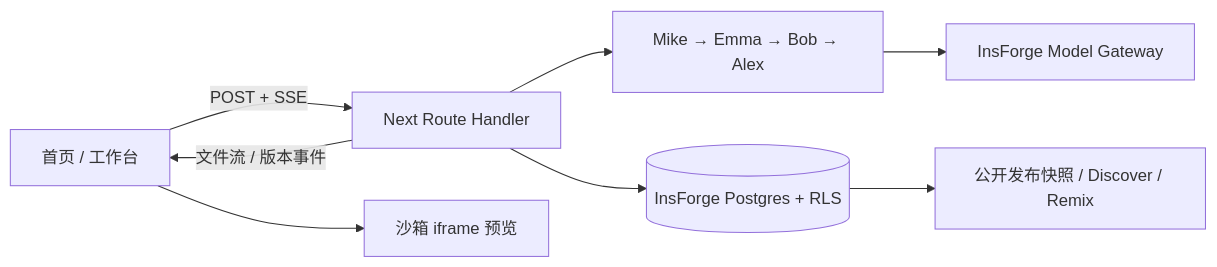
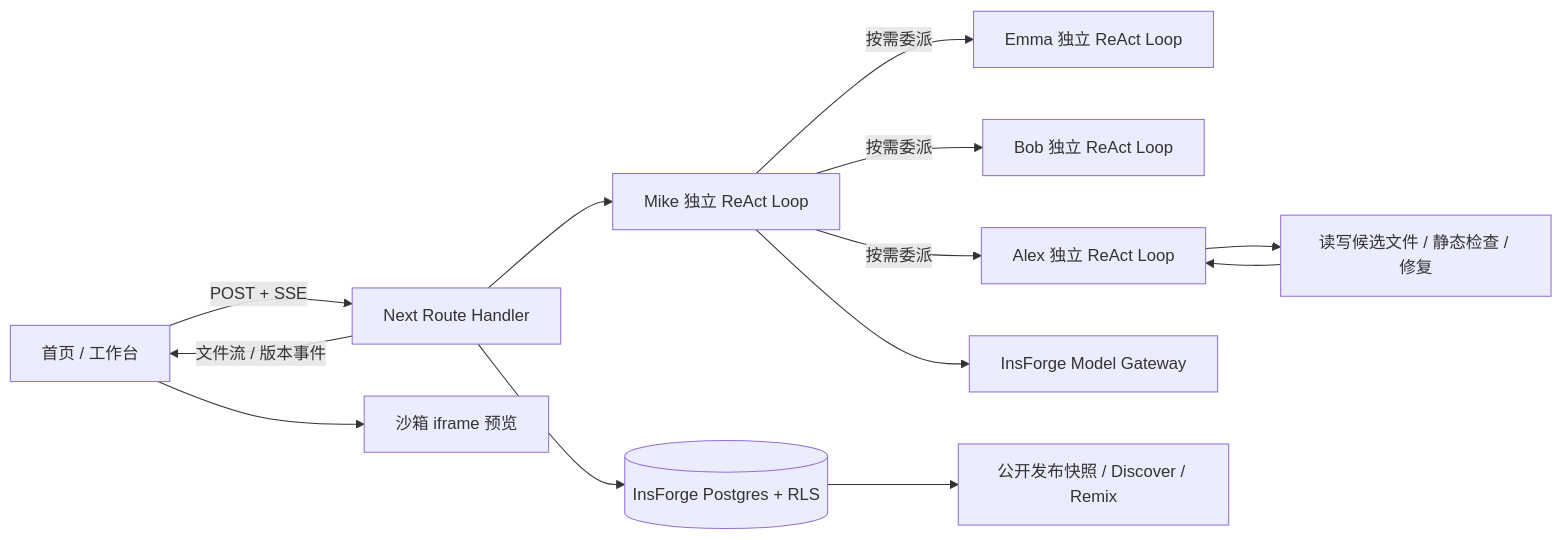
Before and after one commit to nomorekuiqian/atoms-demo: the diagram in README.md, drawn with Mermaid. The commit also changed other lines of this file and 26 other files, not shown here.

Commit message:
feat: migrate team to independent AI SDK ReAct loops

````diff
--- a/README.md
+++ b/README.md
@@ -27,10 +27,15 @@
 ```mermaid
 flowchart LR
   UI[首页 / 工作台] -->|POST + SSE| API[Next Route Handler]
-  API --> Team[Mike → Emma → Bob → Alex]
-  Team --> Gateway[InsForge Model Gateway]
+  API --> Mike[Mike 独立 ReAct Loop]
+  Mike -->|按需委派| Emma[Emma 独立 ReAct Loop]
+  Mike -->|按需委派| Bob[Bob 独立 ReAct Loop]
+  Mike -->|按需委派| Alex[Alex 独立 ReAct Loop]
+  Alex --> Tools[读写候选文件 / 静态检查 / 修复]
+  Tools --> Alex
+  Mike --> Gateway[InsForge Model Gateway]
   API --> DB[(InsForge Postgres + RLS)]
   API -->|文件流 / 版本事件| UI
   UI --> Frame[沙箱 iframe 预览]
   DB --> Public[公开发布快照 / Discover / Remix]
 ```
````
